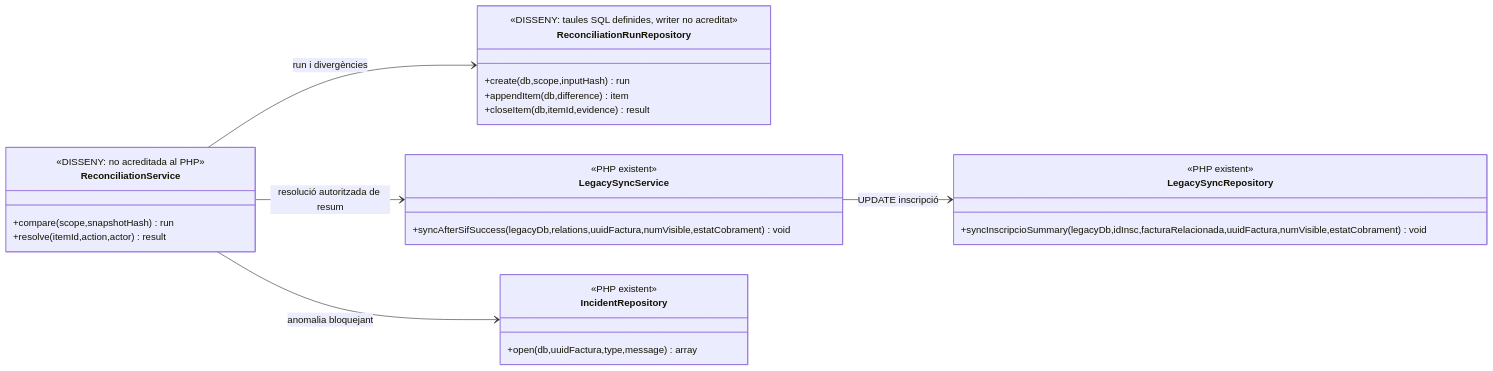
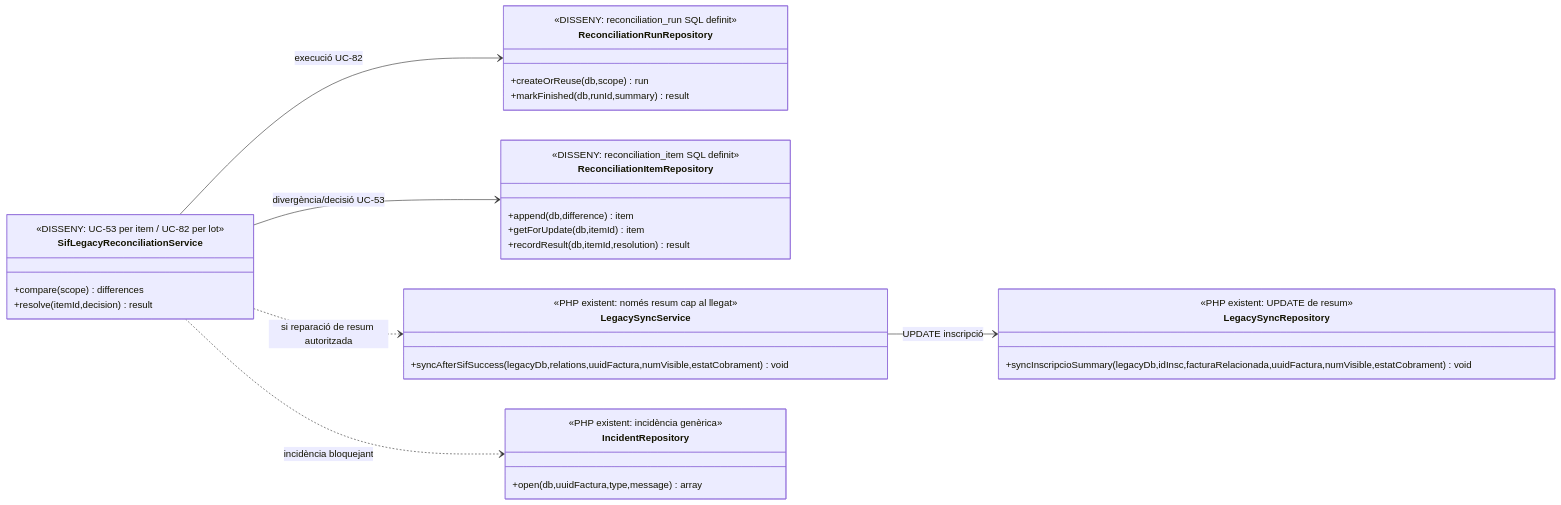
One commit to orgmeriemprismacat-del/verifactu changed the second of 5 diagrams in documentacio/07-uml-integrat/uc-053-detectar-resoldre-divergencies.md. Above: the diagram before and after it, drawn with Mermaid. The commit also changed other lines of this file, not shown here.

Commit message:
docs(uml): UC-53 separa resolució d'item de lot UC-82 i unifica UML del conciliador i repositoris

````diff
--- a/documentacio/07-uml-integrat/uc-053-detectar-resoldre-divergencies.md
+++ b/documentacio/07-uml-integrat/uc-053-detectar-resoldre-divergencies.md
@@ -89,31 +91,37 @@
 ```mermaid
 classDiagram
 direction LR
-class ReconciliationService {
- <<DISSENY: no acreditada al PHP>>
- +compare(scope,snapshotHash) run
- +resolve(itemId,action,actor) result
+class SifLegacyReconciliationService {
+ <<DISSENY: UC-53 per item / UC-82 per lot>>
+ +compare(scope) differences
+ +resolve(itemId,decision) result
 }
 class ReconciliationRunRepository {
- <<DISSENY: taules SQL definides, writer no acreditat>>
- +create(db,scope,inputHash) run
- +appendItem(db,difference) item
- +closeItem(db,itemId,evidence) result
+ <<DISSENY: reconciliation_run SQL definit>>
+ +createOrReuse(db,scope) run
+ +markFinished(db,runId,summary) result
+}
+class ReconciliationItemRepository {
+ <<DISSENY: reconciliation_item SQL definit>>
+ +append(db,difference) item
+ +getForUpdate(db,itemId) item
+ +recordResult(db,itemId,resolution) result
 }
 class LegacySyncService {
- <<PHP existent>>
+ <<PHP existent: només resum cap al llegat>>
  +syncAfterSifSuccess(legacyDb,relations,uuidFactura,numVisible,estatCobrament) void
 }
 class LegacySyncRepository {
- <<PHP existent>>
+ <<PHP existent: UPDATE de resum>>
  +syncInscripcioSummary(legacyDb,idInsc,facturaRelacionada,uuidFactura,numVisible,estatCobrament) void
 }
 class IncidentRepository {
- <<PHP existent>>
+ <<PHP existent: incidència genèrica>>
  +open(db,uuidFactura,type,message) array
 }
-ReconciliationService --> ReconciliationRunRepository : run i divergències
-ReconciliationService --> LegacySyncService : resolució autoritzada de resum
-ReconciliationService --> IncidentRepository : anomalia bloquejant
+SifLegacyReconciliationService --> ReconciliationRunRepository : execució UC-82
+SifLegacyReconciliationService --> ReconciliationItemRepository : divergència/decisió UC-53
+SifLegacyReconciliationService ..> LegacySyncService : si reparació de resum autoritzada
+SifLegacyReconciliationService ..> IncidentRepository : incidència bloquejant
 LegacySyncService --> LegacySyncRepository : UPDATE inscripció
 ```
````
